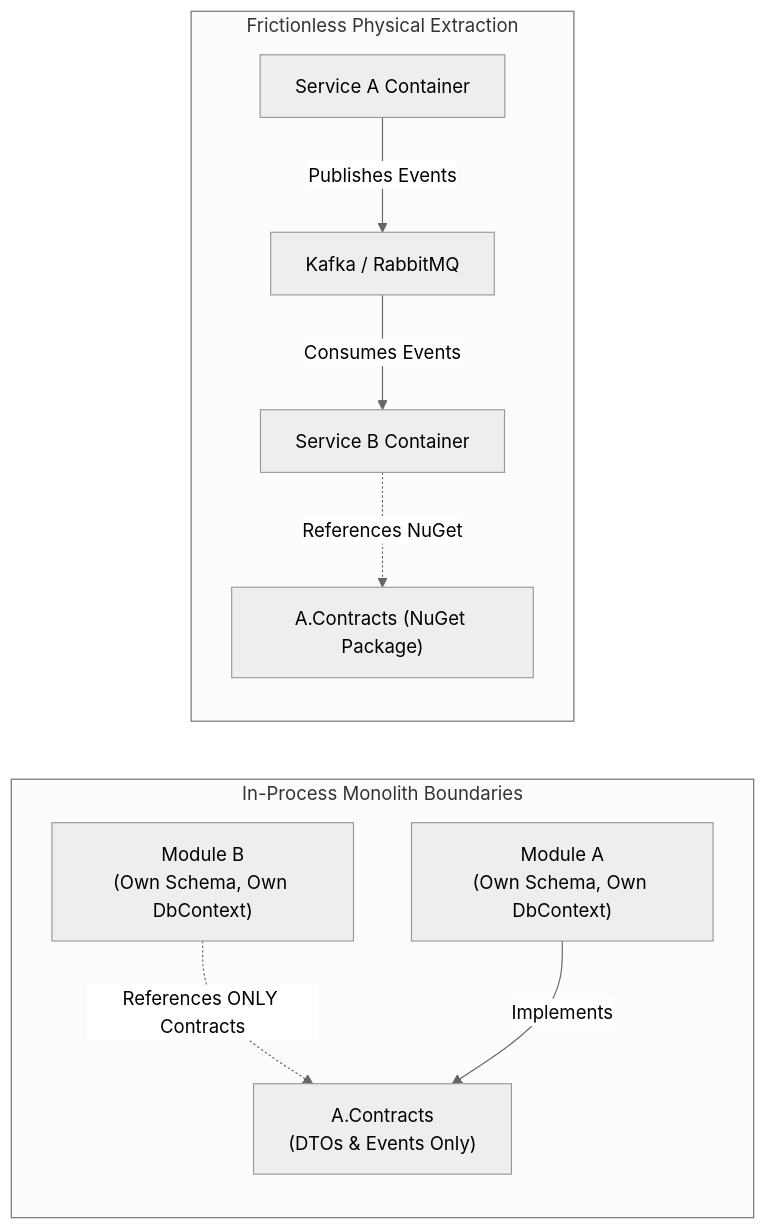
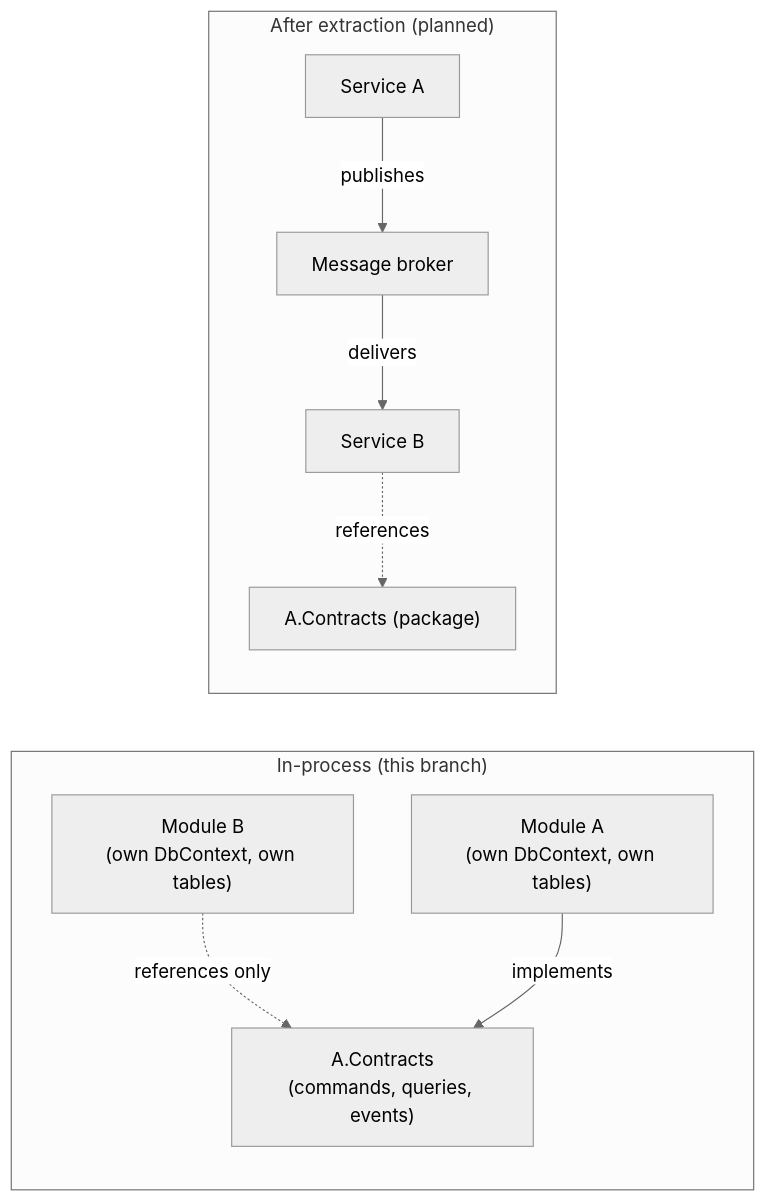
The first of 2 diagrams in educational/01-architecture-paradigms/monolith-to-microservices-blueprint.md (maysamgamini/crowdfundinghub), drawn with Mermaid (neutral theme) before and after one commit. The commit also changed other lines of this file and 203 other files, not shown here.

````diff
--- a/educational/01-architecture-paradigms/monolith-to-microservices-blueprint.md
+++ b/educational/01-architecture-paradigms/monolith-to-microservices-blueprint.md
@@ -18,20 +15,20 @@
 ```mermaid
 graph LR
-    subgraph MonolithBoundaries["In-Process Monolith Boundaries"]
-        ModA["Module A<br/>(Own Schema, Own DbContext)"]
-        ModB["Module B<br/>(Own Schema, Own DbContext)"]
-        Contracts["A.Contracts<br/>(DTOs & Events Only)"]
-        ModB -. "References ONLY Contracts" .-> Contracts
-        ModA -- "Implements" --> Contracts
+    subgraph Now["In-process (this branch)"]
+        ModA["Module A<br/>(own DbContext, own tables)"]
+        ModB["Module B<br/>(own DbContext, own tables)"]
+        Contracts["A.Contracts<br/>(commands, queries, events)"]
+        ModB -. "references only" .-> Contracts
+        ModA -- "implements" --> Contracts
     end
 
-    subgraph ServiceExtraction["Frictionless Physical Extraction"]
-        SvcA["Service A Container"]
-        SvcB["Service B Container"]
-        NugetPkg["A.Contracts (NuGet Package)"]
-        SvcB -. "References NuGet" .-> NugetPkg
-        Broker["Kafka / RabbitMQ"]
-        SvcA -- "Publishes Events" --> Broker
-        Broker -- "Consumes Events" --> SvcB
+    subgraph Later["After extraction (planned)"]
+        SvcA["Service A"]
+        SvcB["Service B"]
+        Pkg["A.Contracts (package)"]
+        Broker["Message broker"]
+        SvcB -. "references" .-> Pkg
+        SvcA -- "publishes" --> Broker
+        Broker -- "delivers" --> SvcB
     end
 ```
````
